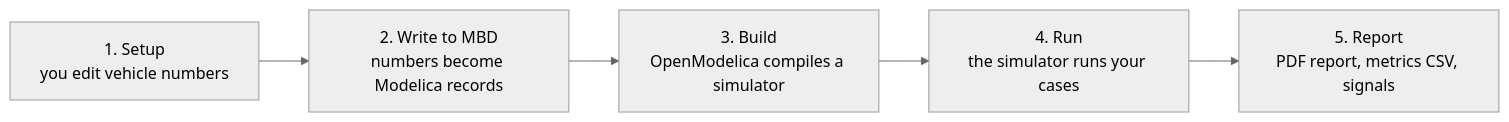
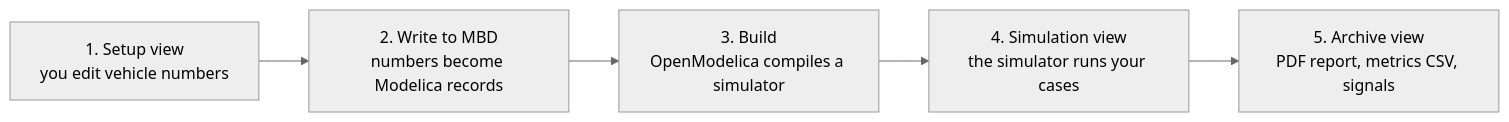
Before and after one commit to BobDyn/BobDocs: the diagram in docs/startup-guide/bobsim.md, drawn with Mermaid (neutral theme). The commit also changed other lines of this file and 1 other file, not shown here.

````diff
--- a/docs/startup-guide/bobsim.md
+++ b/docs/startup-guide/bobsim.md
@@ -27,10 +28,10 @@
 ```mermaid
 flowchart LR
-    setup["1. Setup<br/>you edit vehicle numbers"]
+    setup["1. Setup view<br/>you edit vehicle numbers"]
     write["2. Write to MBD<br/>numbers become Modelica records"]
     build["3. Build<br/>OpenModelica compiles a simulator"]
-    run["4. Run<br/>the simulator runs your cases"]
-    report["5. Report<br/>PDF report, metrics CSV, signals"]
+    run["4. Simulation view<br/>the simulator runs your cases"]
+    archive["5. Archive view<br/>PDF report, metrics CSV, signals"]
 
-    setup --> write --> build --> run --> report
+    setup --> write --> build --> run --> archive
 ```
````
